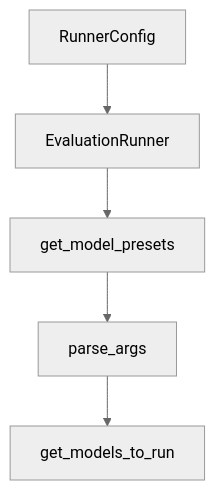
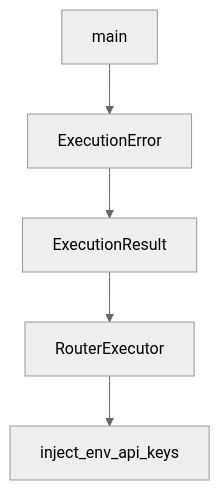
The diagram in tutorials/shotgun-tutorial/04-codebase-indexing-and-context-retrieval.md (johnxie/awesome-code-docs), drawn with Mermaid (neutral theme) before and after one commit. The commit also changed other lines of this file and 1232 other files, not shown here.

````diff
--- a/tutorials/shotgun-tutorial/04-codebase-indexing-and-context-retrieval.md
+++ b/tutorials/shotgun-tutorial/04-codebase-indexing-and-context-retrieval.md
@@ -214,12 +212,12 @@
 ```mermaid
 flowchart TD
-    A[RunnerConfig]
-    B[EvaluationRunner]
-    C[get_model_presets]
-    D[parse_args]
-    E[get_models_to_run]
+    A[main]
+    B[ExecutionError]
+    C[ExecutionResult]
+    D[RouterExecutor]
+    E[inject_env_api_keys]
     A --> B
     B --> C
     C --> D
     D --> E
 ```
````
